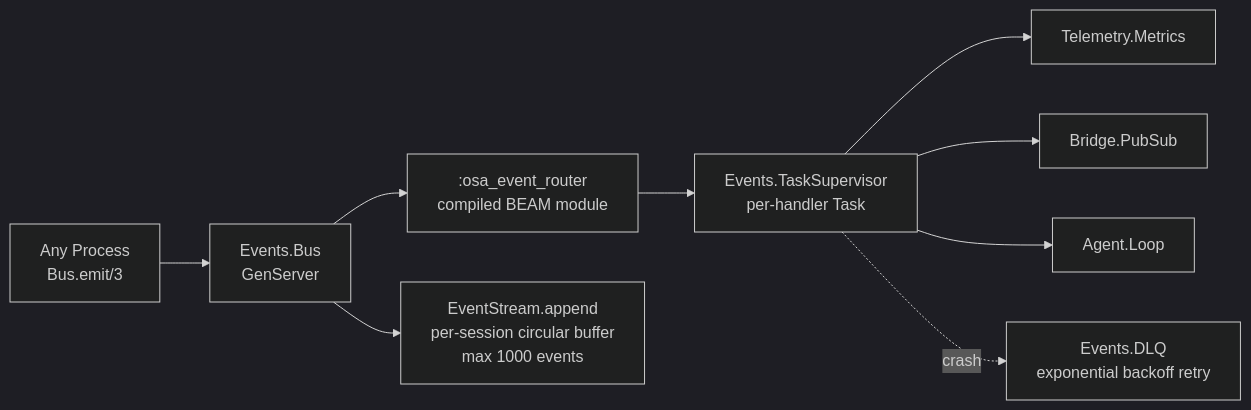
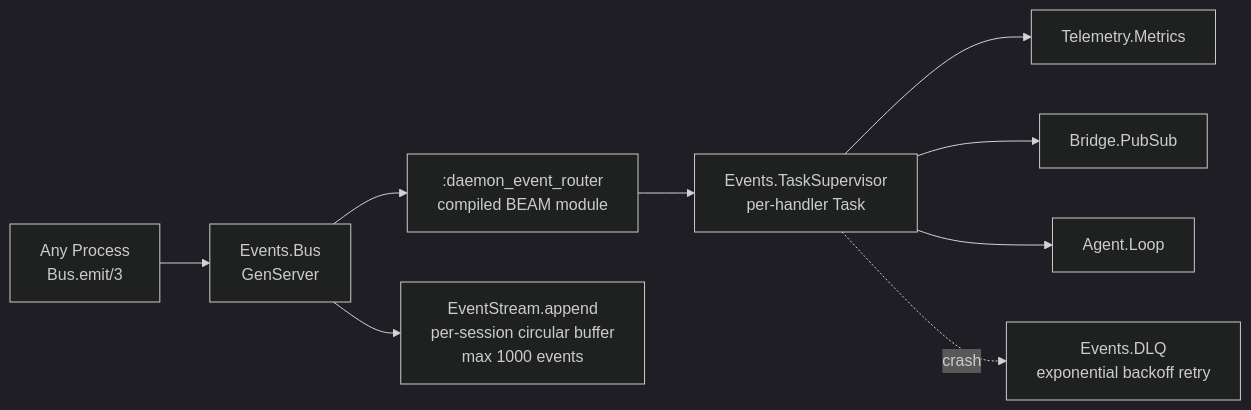
The diagram in docs/foundation-core/architecture/data-flow.md (jmanhype/vaos-daemon), drawn with Mermaid (dark theme) before and after one commit. The commit also changed other lines of this file and 253 other files, not shown here.

First line of the commit message:
docs: rename OSA -> Daemon across 254 active doc files

````diff
--- a/docs/foundation-core/architecture/data-flow.md
+++ b/docs/foundation-core/architecture/data-flow.md
@@ -413,11 +413,11 @@
 ```mermaid
 flowchart LR
     EMITTER[Any Process\nBus.emit/3] --> BUS[Events.Bus\nGenServer]
-    BUS --> GR[:osa_event_router\ncompiled BEAM module]
+    BUS --> GR[:daemon_event_router\ncompiled BEAM module]
     GR --> TASK[Events.TaskSupervisor\nper-handler Task]
     TASK --> HANDLER1[Telemetry.Metrics]
     TASK --> HANDLER2[Bridge.PubSub]
     TASK --> HANDLER3[Agent.Loop]
     TASK -.->|crash| DLQ[Events.DLQ\nexponential backoff retry]
     BUS --> STREAM[EventStream.append\nper-session circular buffer\nmax 1000 events]
 ```
````
